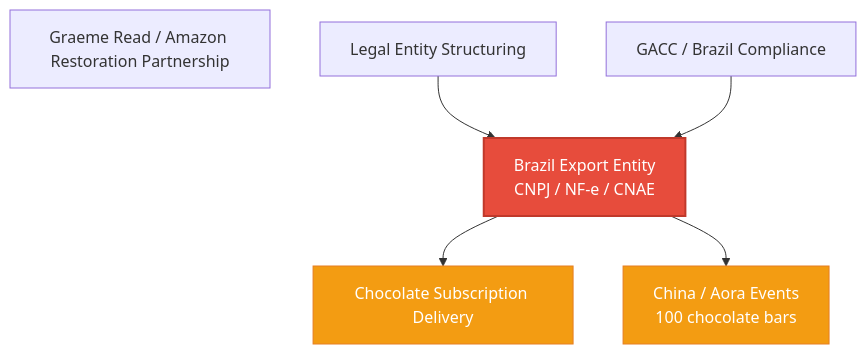
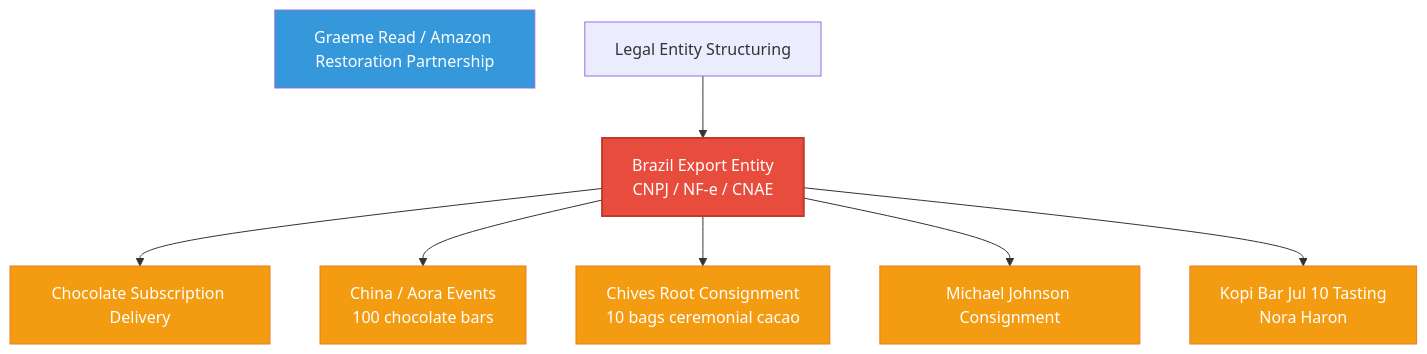
Before and after one commit to TrueSightDAO/agentic_ai_context: the diagram in TRACK_MAP.md, drawn with Mermaid. The commit also changed other lines of this file, not shown here.

Commit message:
Separate GACC/Brazil Compliance from China/Aora Events into distinct tracks

````diff
--- a/TRACK_MAP.md
+++ b/TRACK_MAP.md
@@ -9,13 +9,19 @@
 ```mermaid
 flowchart TD
     G[Graeme Read / Amazon Restoration Partnership]:::new
     T5[Legal Entity Structuring] --> T7
-    T6[GACC / Brazil Compliance] --> T7
     T7[Brazil Export Entity<br/>CNPJ / NF-e / CNAE]:::gate --> T8
     T7 --> T9
+    T7 --> T10
+    T7 --> T11
+    T7 --> T12
     T8[Chocolate Subscription Delivery]:::blocked
     T9[China / Aora Events<br/>100 chocolate bars]:::blocked
+    T10[Chives Root Consignment<br/>10 bags ceremonial cacao]:::blocked
+    T11[Michael Johnson Consignment]:::blocked
+    T12[Kopi Bar Jul 10 Tasting<br/>Nora Haron]:::blocked
 
     classDef gate fill:#e74c3c,color:#fff,stroke:#c0392b,stroke-width:2px
     classDef blocked fill:#f39c12,color:#fff,stroke:#e67e22
+    classDef new fill:#3498db,color:#fff
 ```
````
